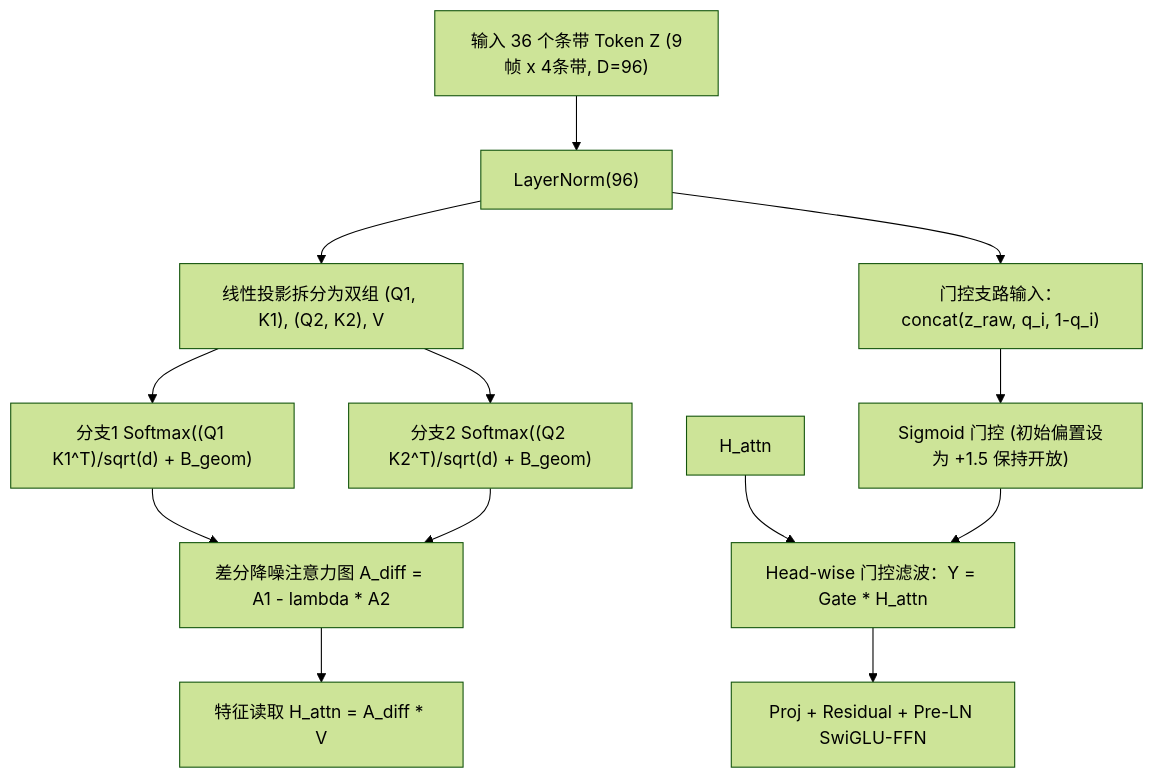
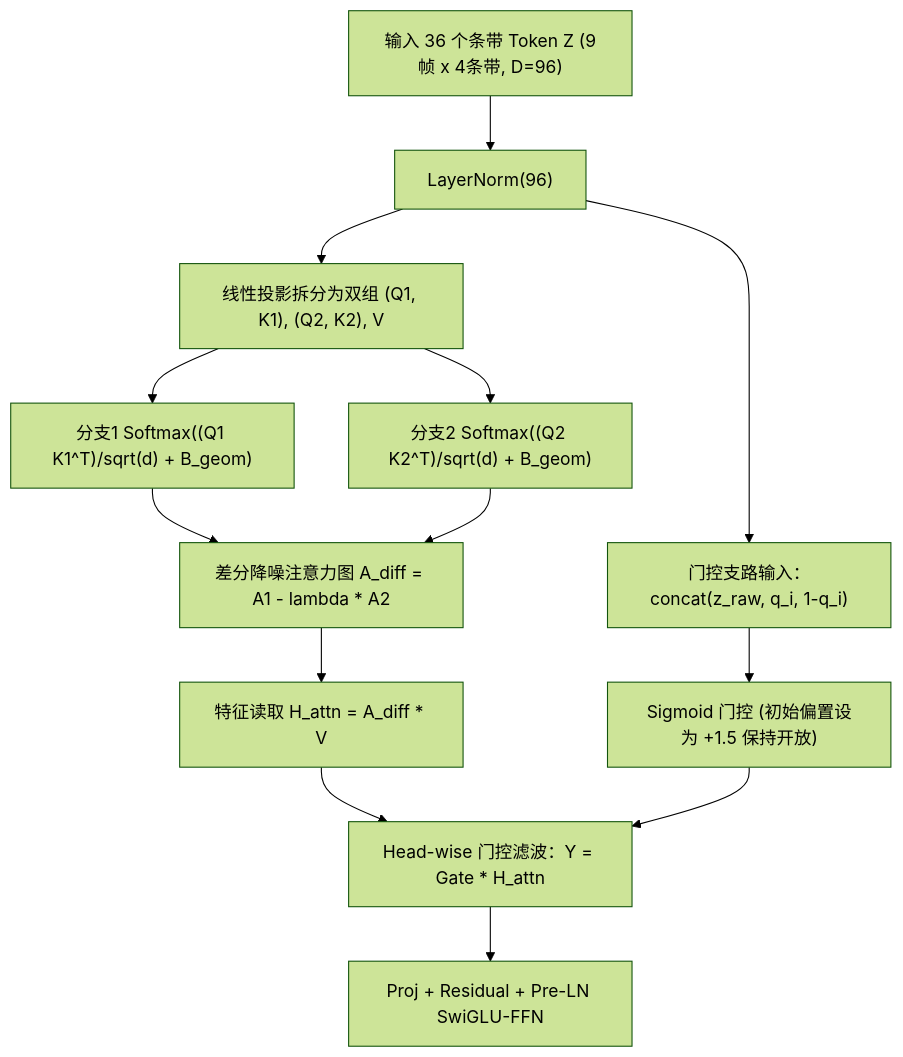
Before and after one commit to deathend110/SAR_Sequence_Restore: the fourth of 5 diagrams in docs/架构设计A_基于当前跨帧Token实验演进.md, drawn with Mermaid (forest theme). The commit also changed other lines of this file and 1 other file, not shown here.

Commit message:
修复两份架构设计文档在Typora中的公式与Mermaid渲染语法错误

````diff
--- a/docs/架构设计A_基于当前跨帧Token实验演进.md
+++ b/docs/架构设计A_基于当前跨帧Token实验演进.md
@@ -155,15 +166,15 @@
 ```mermaid
-flowchart TD
+graph TD
     Z["输入 36 个条带 Token Z (9帧 x 4条带, D=96)"] --> LN["LayerNorm(96)"]
     LN --> QKV["线性投影拆分为双组 (Q1, K1), (Q2, K2), V"]
     QKV --> S1["分支1 Softmax((Q1 K1^T)/sqrt(d) + B_geom)"]
     QKV --> S2["分支2 Softmax((Q2 K2^T)/sqrt(d) + B_geom)"]
     S1 --> SUB["差分降噪注意力图 A_diff = A1 - lambda * A2"]
     S2 --> SUB
     SUB --> READ["特征读取 H_attn = A_diff * V"]
     LN --> QG["门控支路输入：concat(z_raw, q_i, 1-q_i)"]
     QG --> SIG["Sigmoid 门控 (初始偏置设为 +1.5 保持开放)"]
-    H_attn --> MUL["Head-wise 门控滤波：Y = Gate * H_attn"]
+    READ --> MUL["Head-wise 门控滤波：Y = Gate * H_attn"]
     SIG --> MUL
     MUL --> FFN["Proj + Residual + Pre-LN SwiGLU-FFN"]
 ```
````
